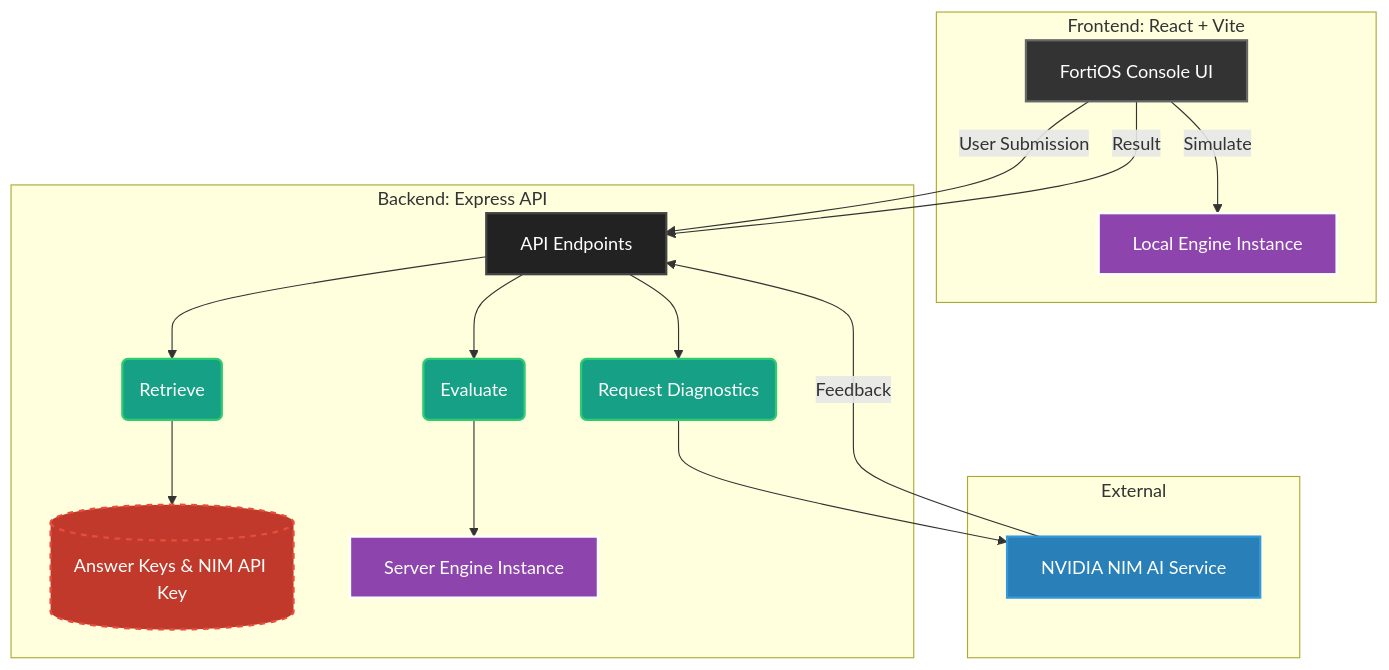
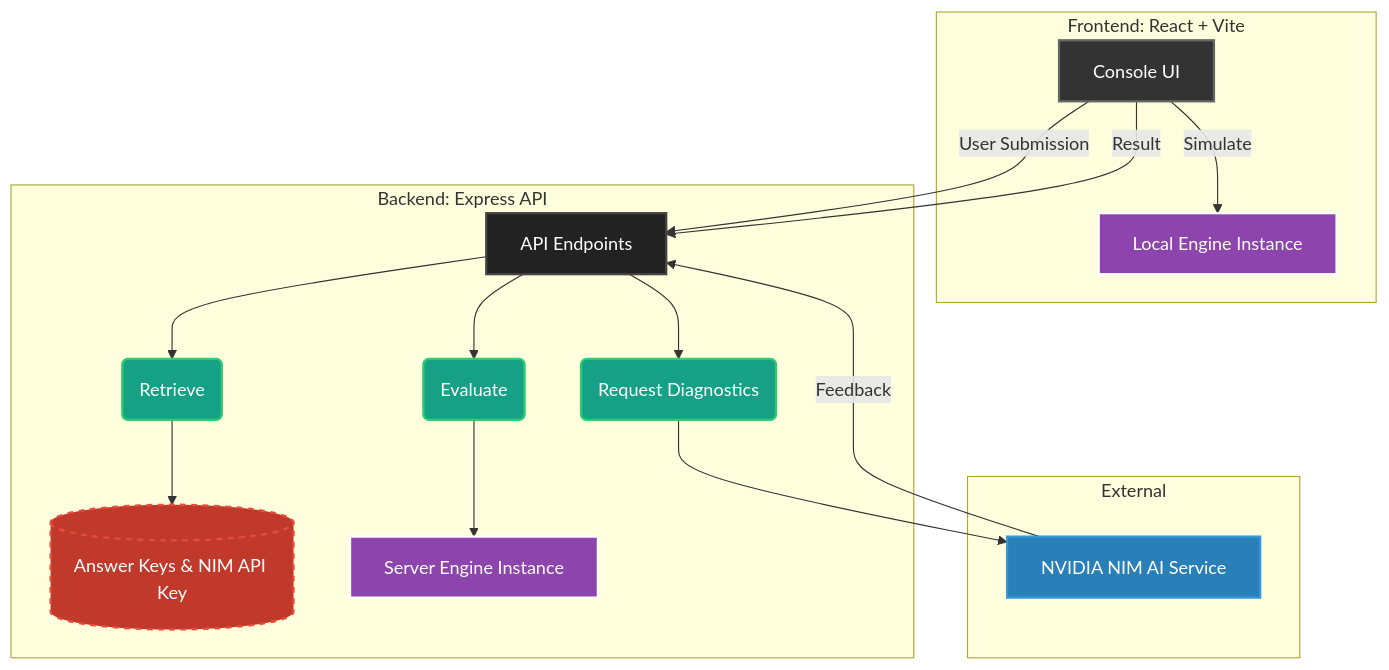
The diagram in README.md (JOKER-53/FLAMES), drawn with Mermaid before and after one commit. The commit also changed other lines of this file and 8 other files, not shown here.

````diff
--- a/README.md
+++ b/README.md
@@ -53,40 +37,40 @@
 ```mermaid
 flowchart TB
     classDef frontend fill:#333,stroke:#666,stroke-width:2px,color:#fff;
     classDef backend fill:#222,stroke:#444,stroke-width:2px,color:#fff;
     classDef engine fill:#8e44ad,stroke:#fff,stroke-width:2px,color:#fff;
     classDef keys fill:#c0392b,stroke:#e74c3c,stroke-width:2px,color:#fff,stroke-dasharray: 5 5;
     classDef external fill:#2980b9,stroke:#3498db,stroke-width:2px,color:#fff;
     classDef process fill:#16a085,stroke:#2ecc71,stroke-width:2px,color:#fff;
 
     subgraph FE [Frontend: React + Vite]
-        UI[FortiOS Console UI]:::frontend
+        UI[Console UI]:::frontend
         LocEng[Local Engine Instance]:::engine
     end
 
     subgraph BE [Backend: Express API]
         API[API Endpoints]:::backend
         Eval(Evaluate):::process
         Ret(Retrieve):::process
         Diag(Request Diagnostics):::process
         Key[(Answer Keys & NIM API Key)]:::keys
         ServEng[Server Engine Instance]:::engine
     end
 
     subgraph EXT [External]
         NIM[NVIDIA NIM AI Service]:::external
     end
 
     UI -- User Submission --> API
     UI -- Simulate --> LocEng
     UI -- Result --> API
     
     API --> Eval
     API --> Ret
     API --> Diag
     
     Eval --> ServEng
     Ret --> Key
     Diag --> NIM
     NIM -- Feedback --> API
 ```
````
